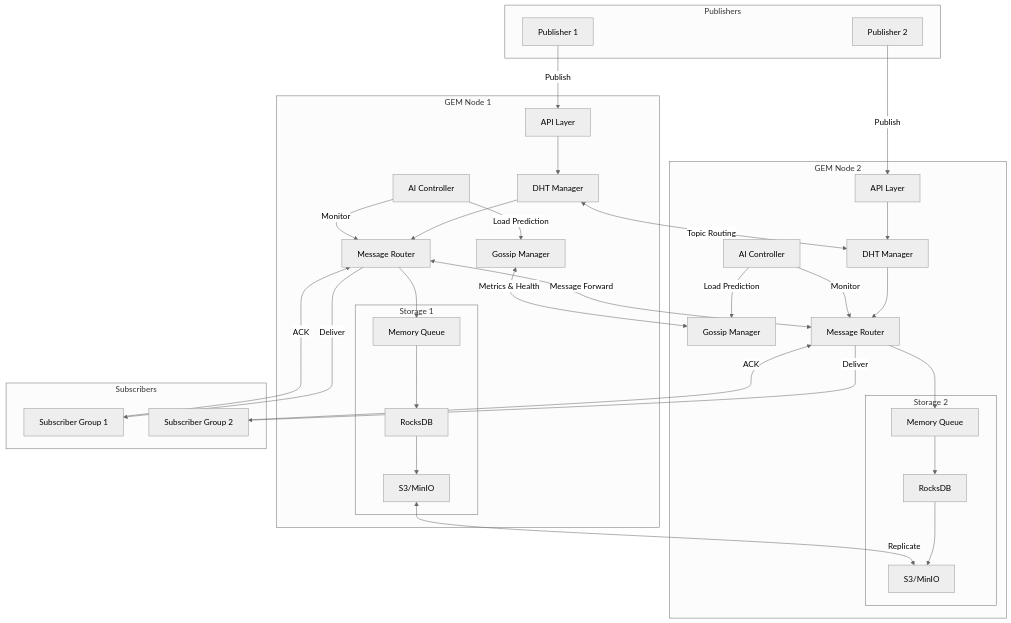
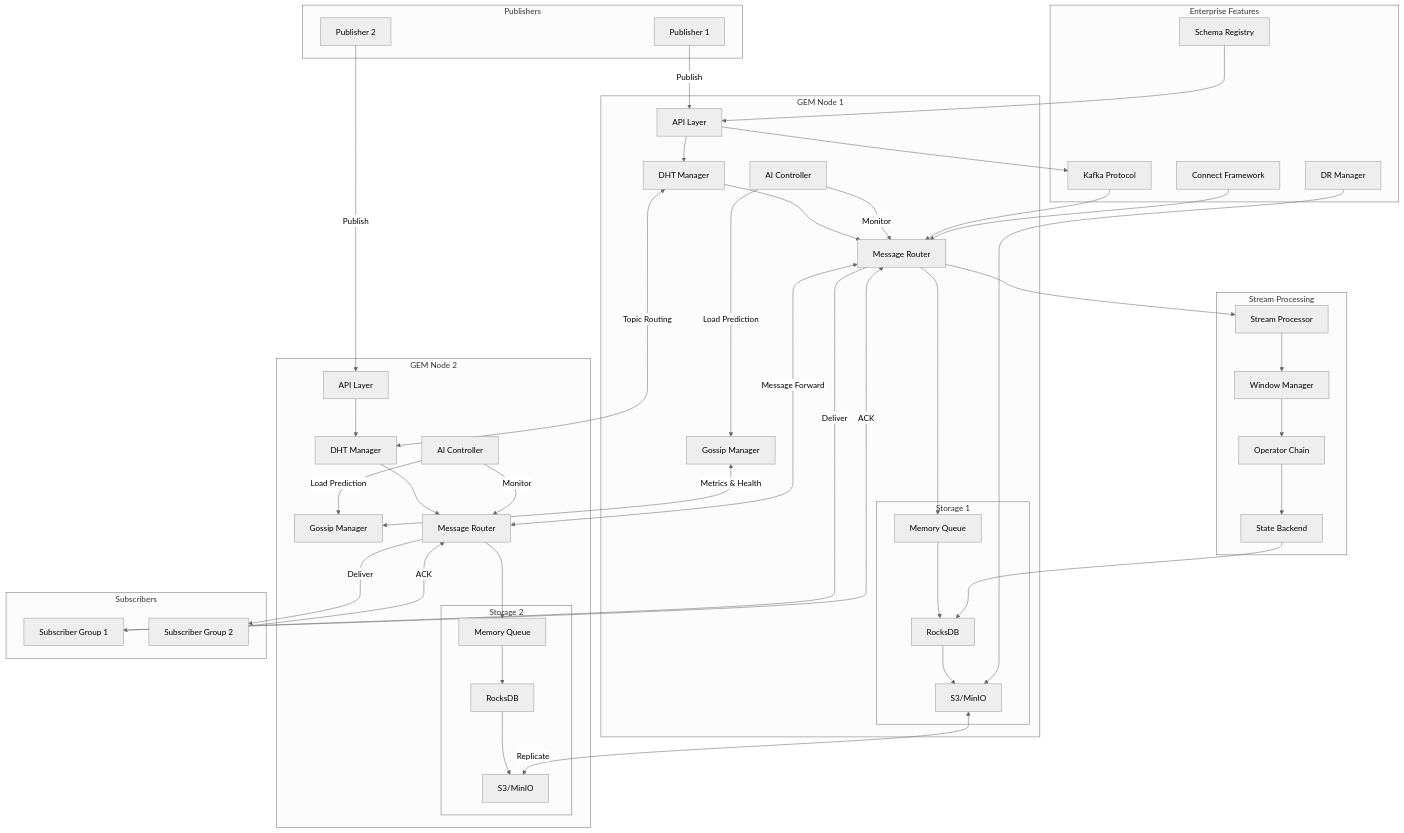
The diagram in architecture.md (monroestephenson/sprawl), drawn with Mermaid (neutral theme) before and after one commit. The commit also changed other lines of this file and 2 other files, not shown here.

````diff
--- a/architecture.md
+++ b/architecture.md
@@ -174,4 +245,33 @@
     %% AI monitoring
     AI1 -->|Load Prediction| GOSSIP1
     AI2 -->|Load Prediction| GOSSIP2
+
+    %% New Stream Processing components
+    subgraph "Stream Processing"
+        SP[Stream Processor]
+        WM[Window Manager]
+        OP[Operator Chain]
+        SB[State Backend]
+    end
+
+    %% New Enterprise components
+    subgraph "Enterprise Features"
+        KP[Kafka Protocol]
+        SR[Schema Registry]
+        CF[Connect Framework]
+        DR[DR Manager]
+    end
+
+    %% Connect new components
+    ROUTER1 --> SP
+    SP --> WM
+    WM --> OP
+    OP --> SB
+    SB --> ROCKS1
+
+    API1 --> KP
+    KP --> ROUTER1
+    SR --> API1
+    CF --> ROUTER1
+    DR --> S31
 ```
````
